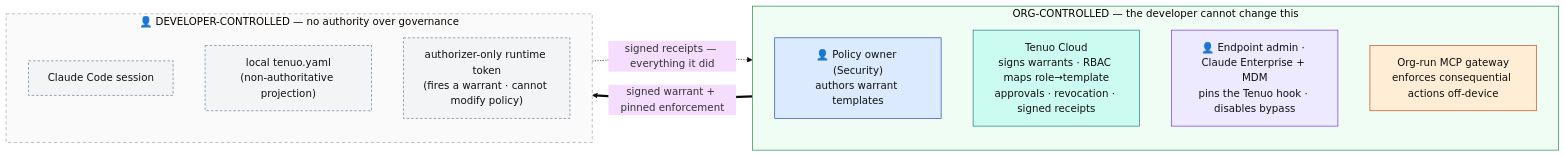
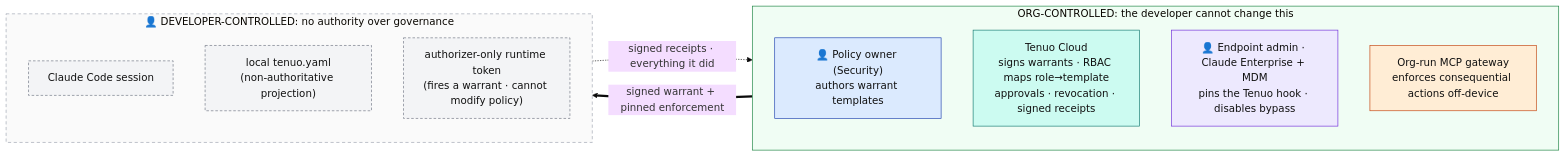
Before and after one commit to tenuo-ai/claude-governance: the first of 3 diagrams in docs/ENTERPRISE.md, drawn with Mermaid (base theme). The commit also changed other lines of this file, not shown here.

````diff
--- a/docs/ENTERPRISE.md
+++ b/docs/ENTERPRISE.md
@@ -45,26 +45,26 @@
 ```mermaid
 flowchart LR
-    subgraph ORG["ORG-CONTROLLED — the developer cannot change this"]
+    subgraph ORG["ORG-CONTROLLED: the developer cannot change this"]
       direction TB
       A1["👤 Policy owner (Security)<br/>authors warrant templates"]:::org
       A2["Tenuo Cloud<br/>signs warrants · RBAC maps role→template<br/>approvals · revocation · signed receipts"]:::tenuo
       A3["👤 Endpoint admin · Claude Enterprise + MDM<br/>pins the Tenuo hook · disables bypass"]:::it
       A4["Org-run MCP gateway<br/>enforces consequential actions off-device"]:::infra
     end
-    subgraph DEV["👤 DEVELOPER-CONTROLLED — no authority over governance"]
+    subgraph DEV["👤 DEVELOPER-CONTROLLED: no authority over governance"]
       direction TB
       B1["Claude Code session"]:::dev
       B2["local tenuo.yaml<br/>(non-authoritative projection)"]:::dev
       B3["authorizer-only runtime token<br/>(fires a warrant · cannot modify policy)"]:::dev
     end
     ORG ==>|"signed warrant + pinned enforcement"| DEV
-    DEV -.->|"signed receipts — everything it did"| ORG
+    DEV -.->|"signed receipts · everything it did"| ORG
 
     classDef org fill:#dbeafe,stroke:#1e40af,color:#111
     classDef it fill:#ede9fe,stroke:#6d28d9,color:#111
     classDef tenuo fill:#ccfbf1,stroke:#0f766e,color:#111
     classDef dev fill:#f3f4f6,stroke:#6b7280,color:#111,stroke-dasharray:4 3
     classDef infra fill:#ffedd5,stroke:#c2410c,color:#111
     style ORG fill:#f0fdf4,stroke:#15803d
     style DEV fill:#fafafa,stroke:#9ca3af,stroke-dasharray:5 4
 ```
````
